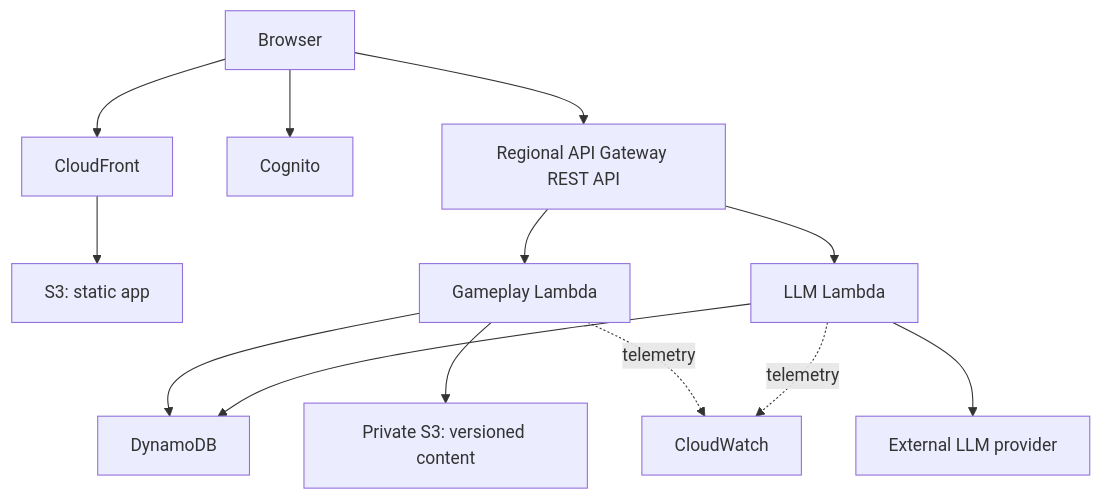
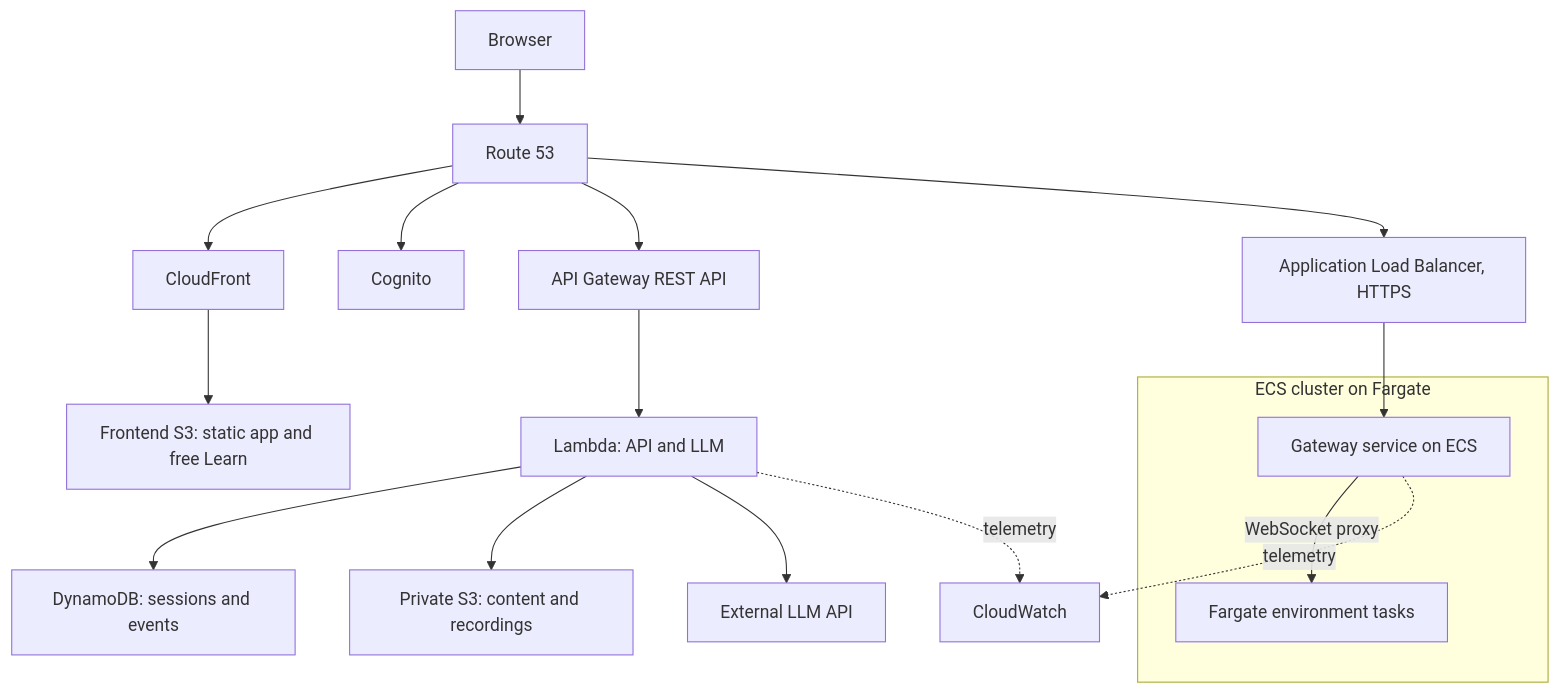
Before and after one commit to ehz0ah/OpsReplay: the second of 2 diagrams in docs/architecture.md, drawn with Mermaid. The commit also changed other lines of this file and 58 other files, not shown here.

````diff
--- a/docs/architecture.md
+++ b/docs/architecture.md
@@ -34,15 +49,21 @@
 ```mermaid
 flowchart TB
-  Browser --> CF[CloudFront]
-  CF --> Web[S3: static app]
-  Browser --> Auth[Cognito]
-  Browser --> Gateway[Regional API Gateway REST API]
-  Gateway --> Game[Gameplay Lambda]
-  Gateway --> Chat[LLM Lambda]
-  Game --> DB[DynamoDB]
-  Chat --> DB
-  Game --> Assets[Private S3: versioned content]
-  Chat --> External[External LLM provider]
-  Game -. telemetry .-> CW[CloudWatch]
-  Chat -. telemetry .-> CW
+  Browser --> R53[Route 53]
+  R53 --> CF[CloudFront]
+  CF --> Web[Frontend S3: static app and free Learn]
+  R53 --> Cognito
+  R53 --> APIGW[API Gateway REST API]
+  APIGW --> Lambda[Lambda: API and LLM]
+  Lambda --> DDB[DynamoDB: sessions and events]
+  Lambda --> Private[Private S3: content and recordings]
+  Lambda --> Provider[External LLM API]
+  R53 --> ALB[Application Load Balancer, HTTPS]
+  ALB --> Gateway[Gateway service on ECS]
+  subgraph Cluster[ECS cluster on Fargate]
+    Gateway
+    Tasks[Fargate environment tasks]
+  end
+  Gateway -->|WebSocket proxy| Tasks
+  Lambda -. telemetry .-> CW[CloudWatch]
+  Gateway -. telemetry .-> CW
 ```
````
